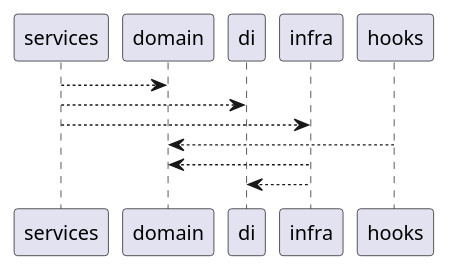
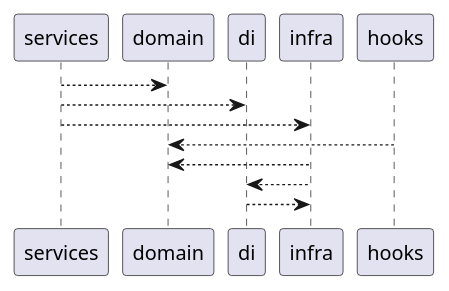
The diagram in src/shared/services/product-api-adapter/architecture.puml (JesusGonzalezA/mobile-store), drawn with PlantUML before and after one commit. The commit also changed 30 other files, not shown here.

```diff
--- a/src/shared/services/product-api-adapter/architecture.puml
+++ b/src/shared/services/product-api-adapter/architecture.puml
@@ -1,10 +1,12 @@
 @startuml
   services --> domain
   services --> di
   services --> infra
 
   hooks --> domain
 
   infra --> domain
   infra --> di
+
+  di --> infra
 @enduml
```
